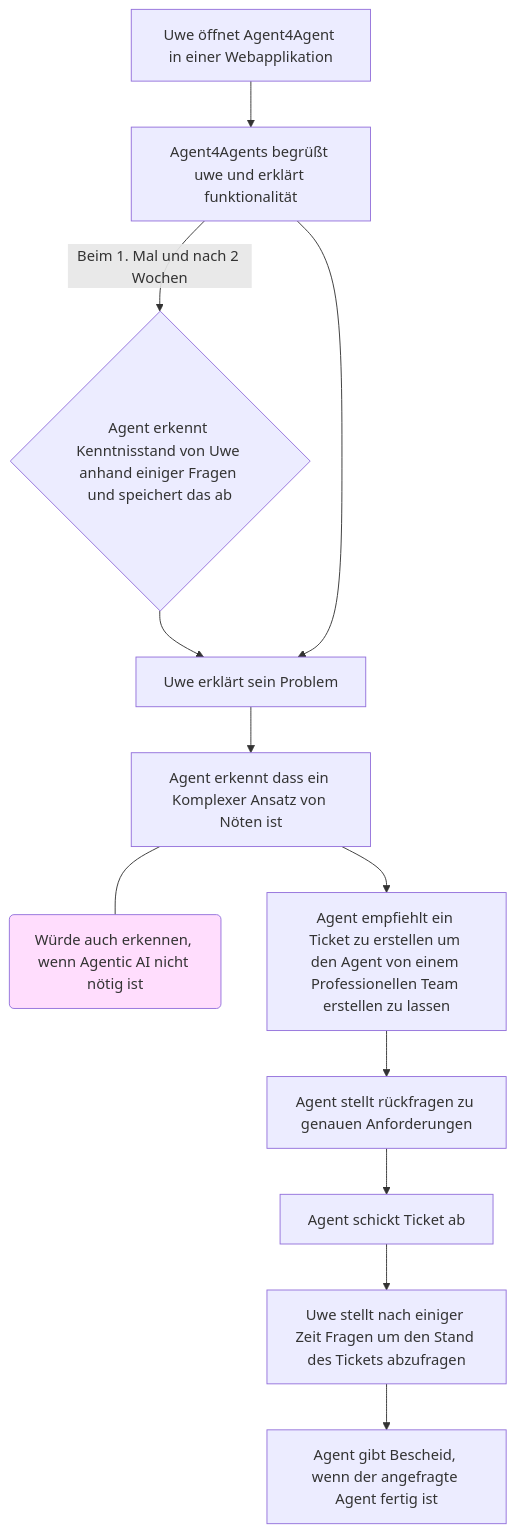
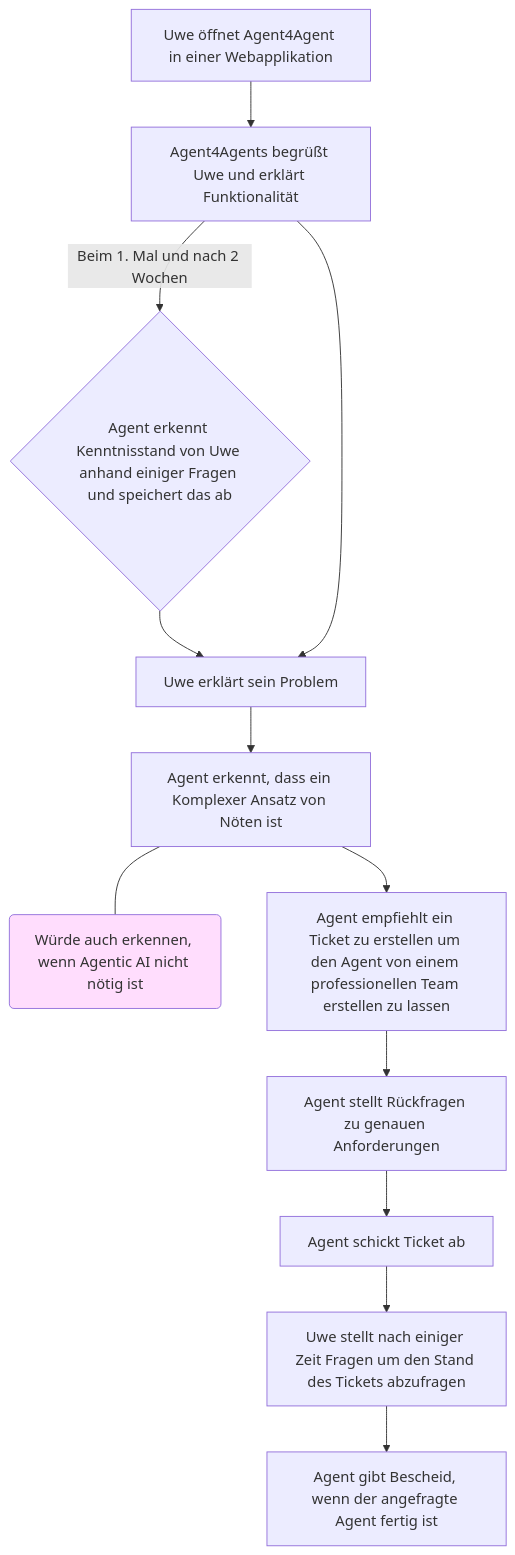
The second of 4 diagrams in Ideation/User Personas and UseCases.md (agentic-ai-ws2526-group-c/agent4agents-documentation), drawn with Mermaid before and after one commit. The commit also changed other lines of this file, not shown here.

````diff
--- a/Ideation/User Personas and UseCases.md
+++ b/Ideation/User Personas and UseCases.md
@@ -44,15 +44,15 @@
 ```mermaid
 graph TD
-    A[Uwe öffnet Agent4Agent in einer Webapplikation] --> B[Agent4Agents begrüßt uwe und erklärt funktionalität];
+    A[Uwe öffnet Agent4Agent in einer Webapplikation] --> B[Agent4Agents begrüßt Uwe und erklärt Funktionalität];
     B -- ""Beim 1. Mal und nach 2 Wochen"" --> C{Agent erkennt Kenntnisstand von Uwe anhand einiger Fragen und speichert das ab};
     C --> D[Uwe erklärt sein Problem];
     B --> D;
-    D --> E[Agent erkennt dass ein Komplexer Ansatz von Nöten ist];
+    D --> E[Agent erkennt, dass ein Komplexer Ansatz von Nöten ist];
     E --- F(Würde auch erkennen, wenn Agentic AI nicht nötig ist);
-    E --> G[Agent empfiehlt ein Ticket zu erstellen um den Agent von einem Professionellen Team erstellen zu lassen];
-    G --> H[Agent stellt rückfragen zu genauen Anforderungen];
+    E --> G[Agent empfiehlt ein Ticket zu erstellen um den Agent von einem professionellen Team erstellen zu lassen];
+    G --> H[Agent stellt Rückfragen zu genauen Anforderungen];
     H --> I[Agent schickt Ticket ab];
     I --> J[Uwe stellt nach einiger Zeit Fragen um den Stand des Tickets abzufragen];
     J --> K[Agent gibt Bescheid, wenn der angefragte Agent fertig ist];
     style F fill:#FFDDFD
 ```
````
